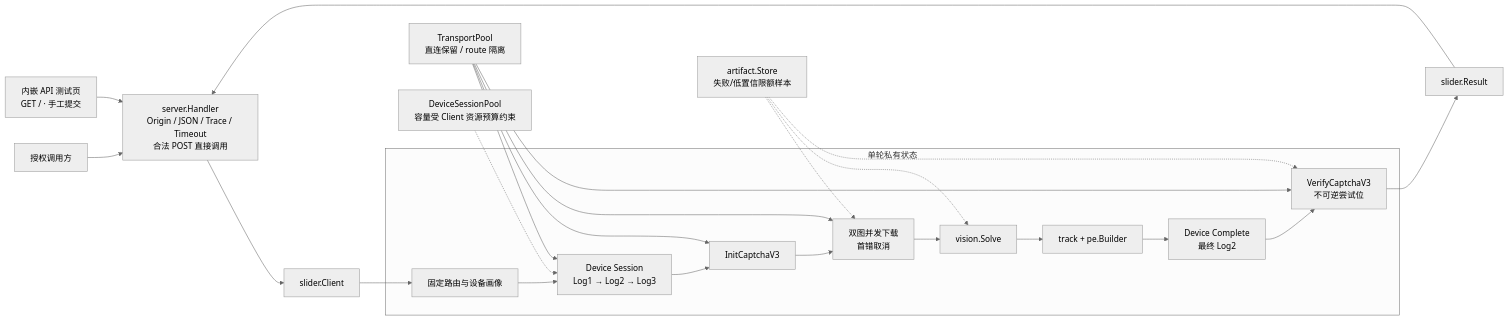
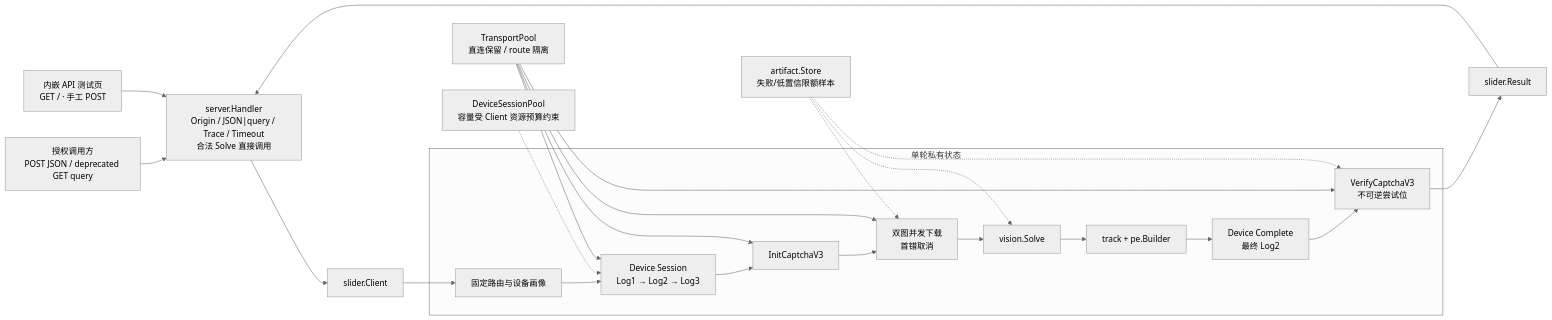
Before and after one commit to d2120848471/v3: the first of 2 diagrams in ali-slider-go/docs/architecture.md, drawn with Mermaid (neutral theme). The commit also changed other lines of this file and 18 other files, not shown here.

Commit message:
fix: restore legacy GET query compatibility

````diff
--- a/ali-slider-go/docs/architecture.md
+++ b/ali-slider-go/docs/architecture.md
@@ -25,29 +25,29 @@
 ```mermaid
 flowchart LR
-    caller["授权调用方"] --> http["server.Handler<br/>Origin / JSON / Trace / Timeout<br/>合法 POST 直接调用"]
-    page["内嵌 API 测试页<br/>GET / · 手工提交"] --> http
+    caller["授权调用方<br/>POST JSON / deprecated GET query"] --> http["server.Handler<br/>Origin / JSON|query / Trace / Timeout<br/>合法 Solve 直接调用"]
+    page["内嵌 API 测试页<br/>GET / · 手工 POST"] --> http
     http --> client["slider.Client"]
 
     subgraph one_request["单轮私有状态"]
         setup["固定路由与设备画像"]
         device["Device Session<br/>Log1 → Log2 → Log3"]
         init["InitCaptchaV3"]
         assets["双图并发下载<br/>首错取消"]
         vision["vision.Solve"]
         pe["track + pe.Builder"]
         complete["Device Complete<br/>最终 Log2"]
         verify["VerifyCaptchaV3<br/>不可逆尝试位"]
     end
 
     client --> setup --> device --> init --> assets --> vision --> pe --> complete --> verify
     verify --> result["slider.Result"] --> http
 
     transports["TransportPool<br/>直连保留 / route 隔离"] --> device
     transports --> init
     transports --> assets
     transports --> verify
     prewarm["DeviceSessionPool<br/>容量受 Client 资源预算约束"] -.-> device
     failure["artifact.Store<br/>失败/低置信限额样本"] -.-> assets
     failure -.-> vision
     failure -.-> verify
 ```
````
